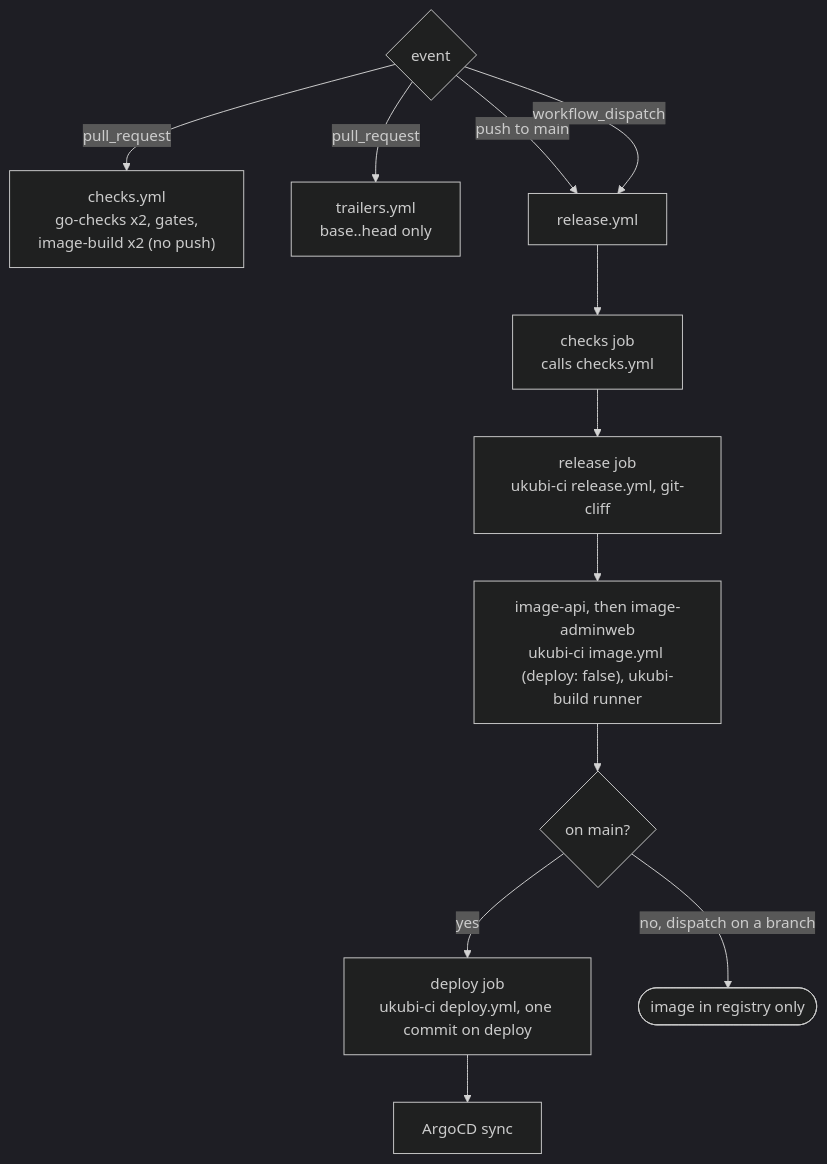
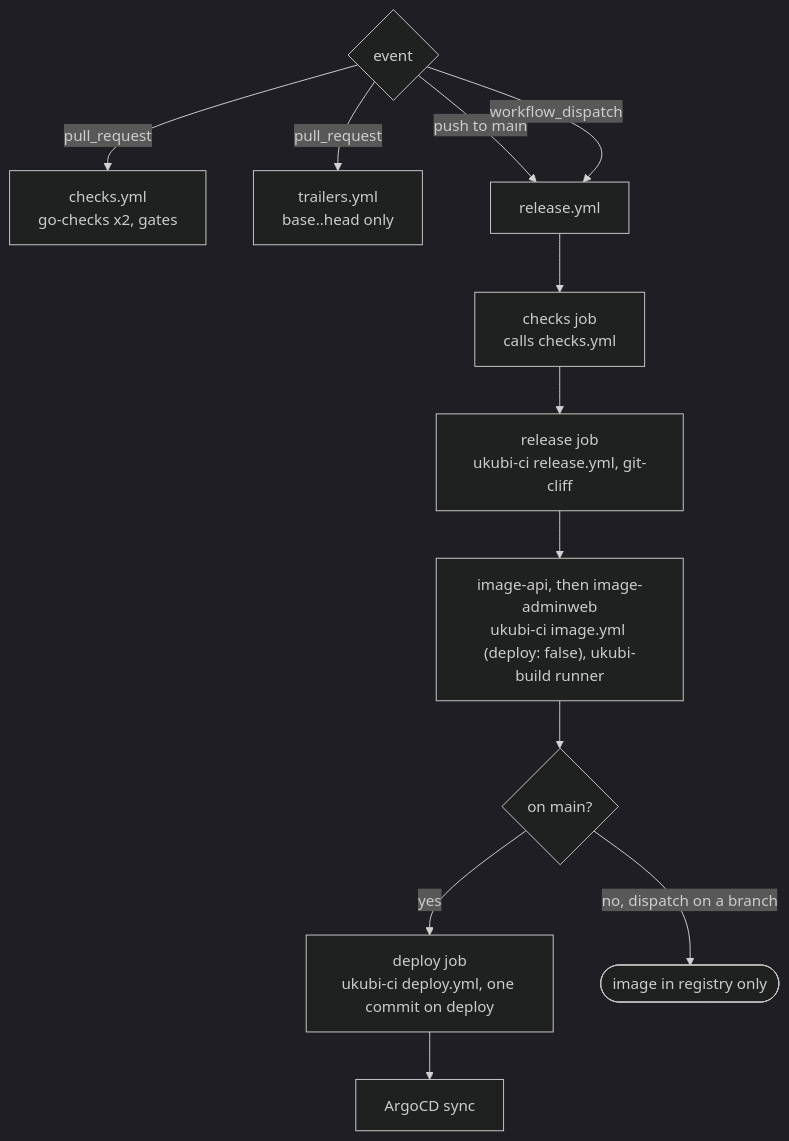
The third of 4 diagrams in docs/architecture/deploy.md (MohammadBnei/wird), drawn with Mermaid (dark theme) before and after one commit. The commit also changed other lines of this file and 1 other file, not shown here.

Commit message:
ci: run CI on the podman runner, drop PR image builds (#64)

````diff
--- a/docs/architecture/deploy.md
+++ b/docs/architecture/deploy.md
@@ -58,25 +58,25 @@
 ```mermaid
 flowchart TD
   ev{"event"}
-  pr["checks.yml<br/>go-checks x2, gates,<br/>image-build x2 (no push)"]
+  pr["checks.yml<br/>go-checks x2, gates"]
   tr["trailers.yml<br/>base..head only"]
   rel["release.yml"]
   checks["checks job<br/>calls checks.yml"]
   release["release job<br/>ukubi-ci release.yml, git-cliff"]
   build["image-api, then image-adminweb<br/>ukubi-ci image.yml (deploy: false), ukubi-build runner"]
   push{"on main?"}
   deploy["deploy job<br/>ukubi-ci deploy.yml, one commit on deploy"]
   argo["ArgoCD sync"]
   done(["image in registry only"])
   ev -->|pull_request| pr
   ev -->|pull_request| tr
   ev -->|push to main| rel
   ev -->|workflow_dispatch| rel
   rel --> checks
   checks --> release
   release --> build
   build --> push
   push -->|"no, dispatch on a branch"| done
   push -->|yes| deploy
   deploy --> argo
 ```
````
